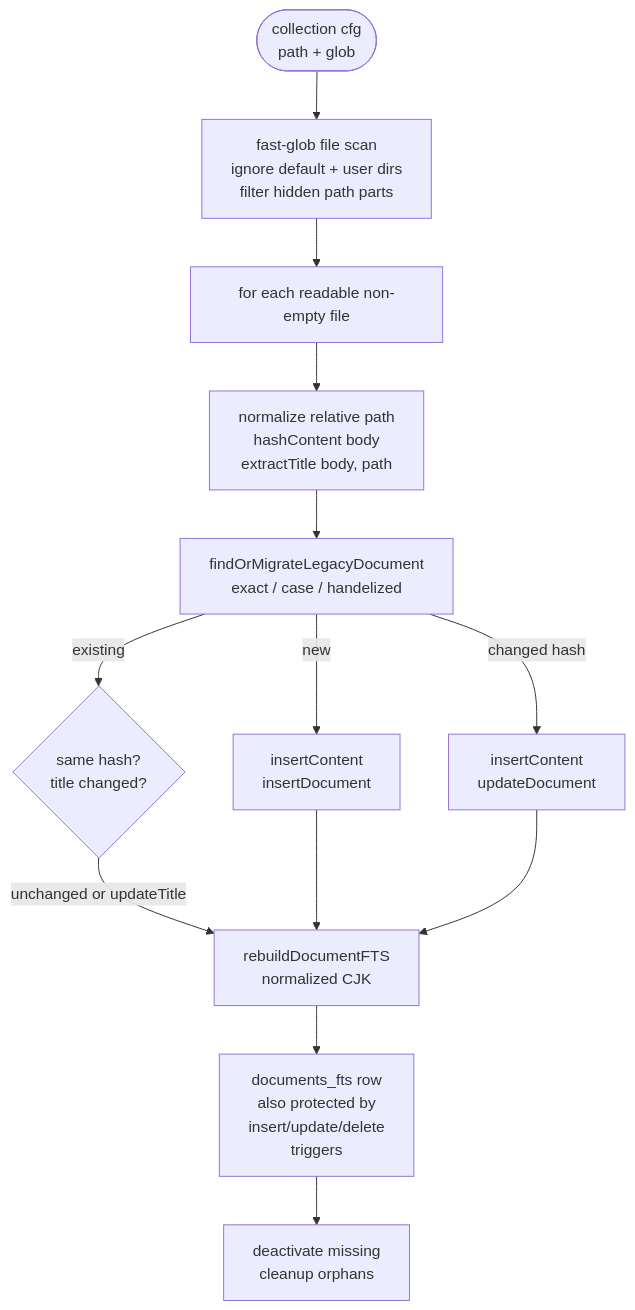
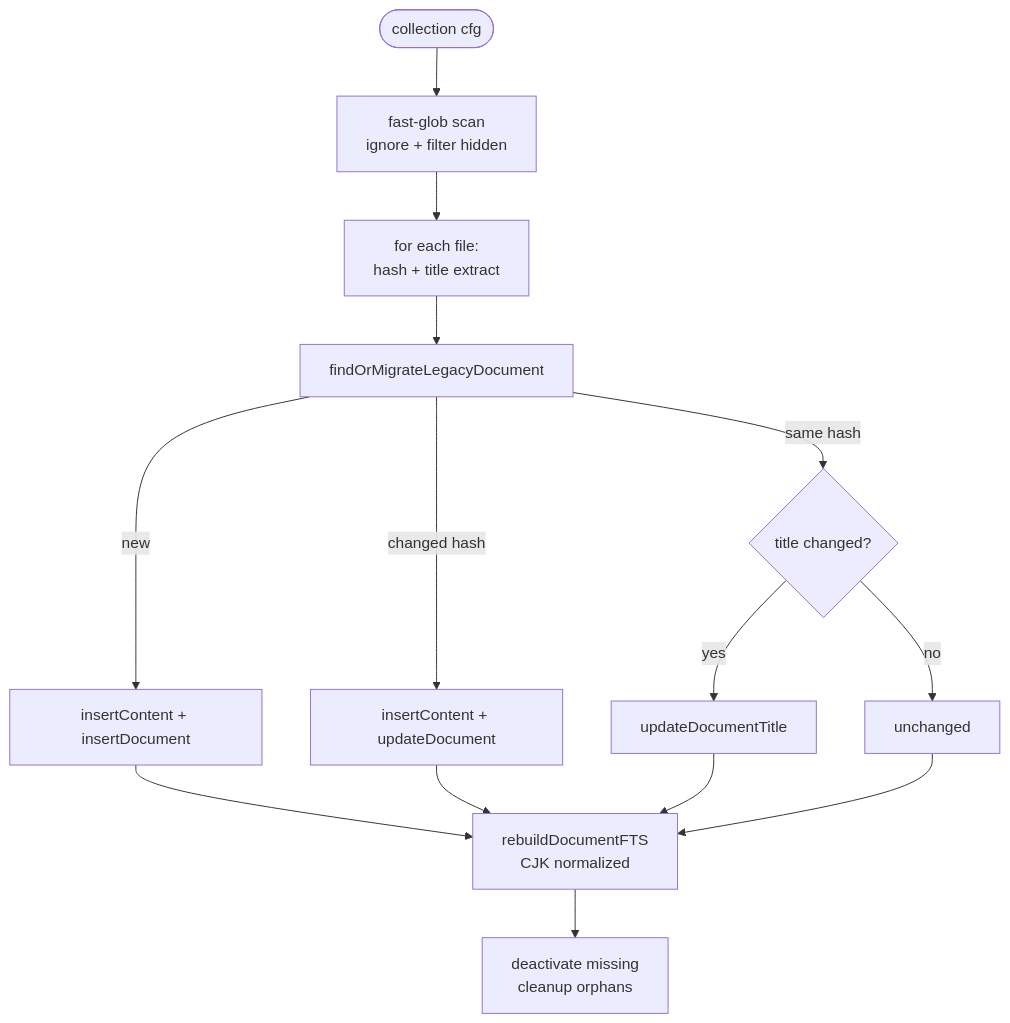
Before and after one commit to sagarsrc/qmd-fork: the third of 5 diagrams in docs/experiments/001-understanding-codebase/workers/store-explorer/output/diagrams.md, drawn with Mermaid. The commit also changed other lines of this file and 4 other files, not shown here.

First line of the commit message:
docs: compact all mermaid diagrams vertically

````diff
--- a/docs/experiments/001-understanding-codebase/workers/store-explorer/output/diagrams.md
+++ b/docs/experiments/001-understanding-codebase/workers/store-explorer/output/diagrams.md
@@ -46,15 +42,16 @@
 ```mermaid
 flowchart TD
-    A([collection cfg<br/>path + glob]) --> B[fast-glob file scan<br/>ignore default + user dirs<br/>filter hidden path parts]
-    B --> C[for each readable non-empty file]
-    C --> D[normalize relative path<br/>hashContent body<br/>extractTitle body, path]
-    D --> E[findOrMigrateLegacyDocument<br/>exact / case / handelized]
-    E -->|new| F[insertContent<br/>insertDocument]
-    E -->|existing| G{same hash?<br/>title changed?}
-    E -->|changed hash| H[insertContent<br/>updateDocument]
-    G -->|unchanged or updateTitle| I
-    F --> I[rebuildDocumentFTS<br/>normalized CJK]
-    H --> I
-    I --> J[documents_fts row<br/>also protected by<br/>insert/update/delete<br/>triggers]
-    J --> K[deactivate missing<br/>cleanup orphans]
+    A([collection cfg]) --> B["fast-glob scan<br/>ignore + filter hidden"]
+    B --> C["for each file:<br/>hash + title extract"]
+    C --> D["findOrMigrateLegacyDocument"]
+    D -->|new| E["insertContent + insertDocument"]
+    D -->|same hash| F{title changed?}
+    D -->|changed hash| G["insertContent + updateDocument"]
+    F -->|yes| H["updateDocumentTitle"]
+    F -->|no| I["unchanged"]
+    E --> J["rebuildDocumentFTS<br/>CJK normalized"]
+    G --> J
+    H --> J
+    I --> J
+    J --> K["deactivate missing<br/>cleanup orphans"]
 ```
````
